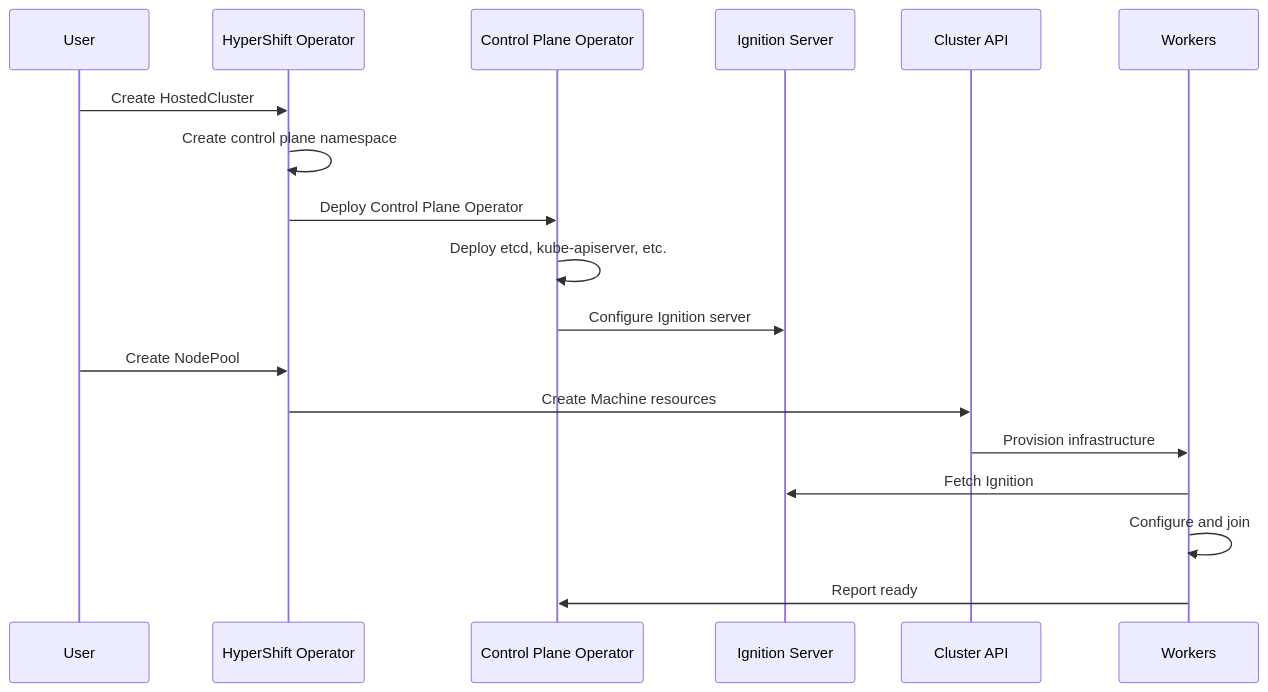
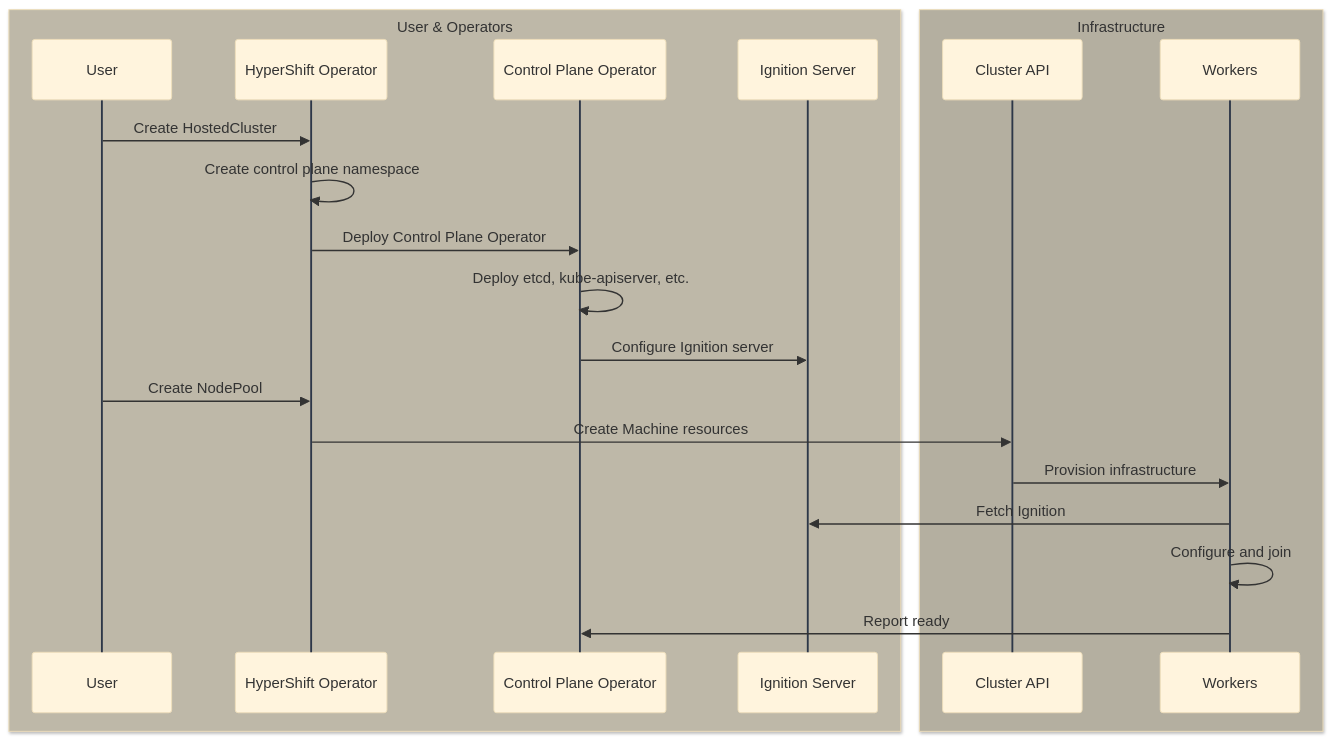
The third of 4 diagrams in 05-hosted-control-planes/hcp-overview.md (zszabo-rh/openshift-install-guide), drawn with Mermaid before and after one commit. The commit also changed other lines of this file and 16 other files, not shown here.

Commit message:
improved diagram style

````diff
--- a/05-hosted-control-planes/hcp-overview.md
+++ b/05-hosted-control-planes/hcp-overview.md
@@ -239,22 +270,28 @@
 ```mermaid
+%%{init: {'theme': 'base', 'themeVariables': { 'lineColor': '#2d3748', 'actorLineColor': '#2d3748' }}}%%
 sequenceDiagram
-    participant User
-    participant HO as HyperShift Operator
-    participant CPO as Control Plane Operator
-    participant IGN as Ignition Server
-    participant CAPI as Cluster API
-    participant Workers
+    box rgb(190,184,168) User & Operators
+        participant User
+        participant HO as HyperShift Operator
+        participant CPO as Control Plane Operator
+        participant IGN as Ignition Server
+    end
+    
+    box rgb(180,175,160) Infrastructure
+        participant CAPI as Cluster API
+        participant Workers
+    end
     
     User->>HO: Create HostedCluster
     HO->>HO: Create control plane namespace
     HO->>CPO: Deploy Control Plane Operator
     CPO->>CPO: Deploy etcd, kube-apiserver, etc.
     CPO->>IGN: Configure Ignition server
     
     User->>HO: Create NodePool
     HO->>CAPI: Create Machine resources
     CAPI->>Workers: Provision infrastructure
     Workers->>IGN: Fetch Ignition
     Workers->>Workers: Configure and join
     Workers->>CPO: Report ready
 ```
````
